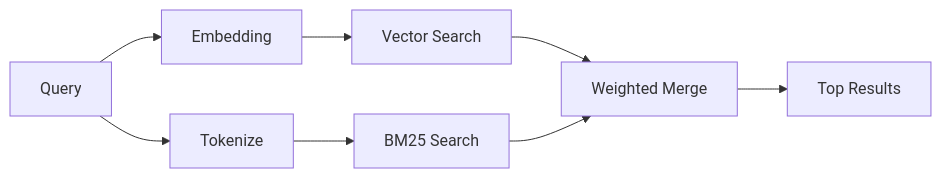
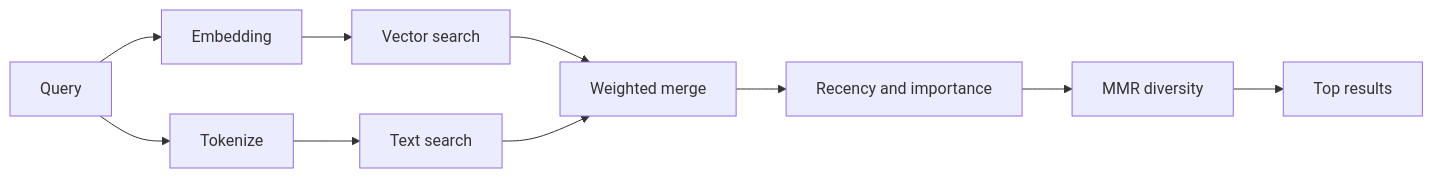
The diagram in vault/packages/openclaw/latest/contents/concepts/memory-search.md (olorehq/olore), drawn with Mermaid before and after one commit. The commit also changed other lines of this file and 26351 other files, not shown here.

````diff
--- a/vault/packages/openclaw/latest/contents/concepts/memory-search.md
+++ b/vault/packages/openclaw/latest/contents/concepts/memory-search.md
@@ -64,10 +143,12 @@
 ```mermaid
 flowchart LR
     Q["Query"] --> E["Embedding"]
     Q --> T["Tokenize"]
-    E --> VS["Vector Search"]
-    T --> BM["BM25 Search"]
-    VS --> M["Weighted Merge"]
+    E --> VS["Vector search"]
+    T --> BM["Text search"]
+    VS --> M["Weighted merge"]
     BM --> M
-    M --> R["Top Results"]
+    M --> D["Recency and importance"]
+    D --> R["MMR diversity"]
+    R --> O["Top results"]
 ```
````
